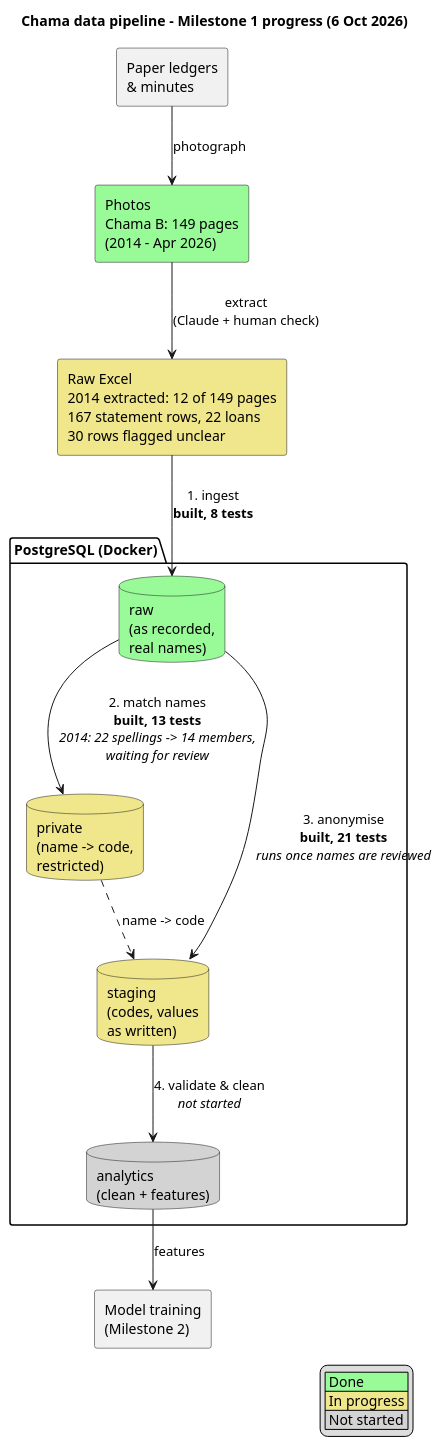
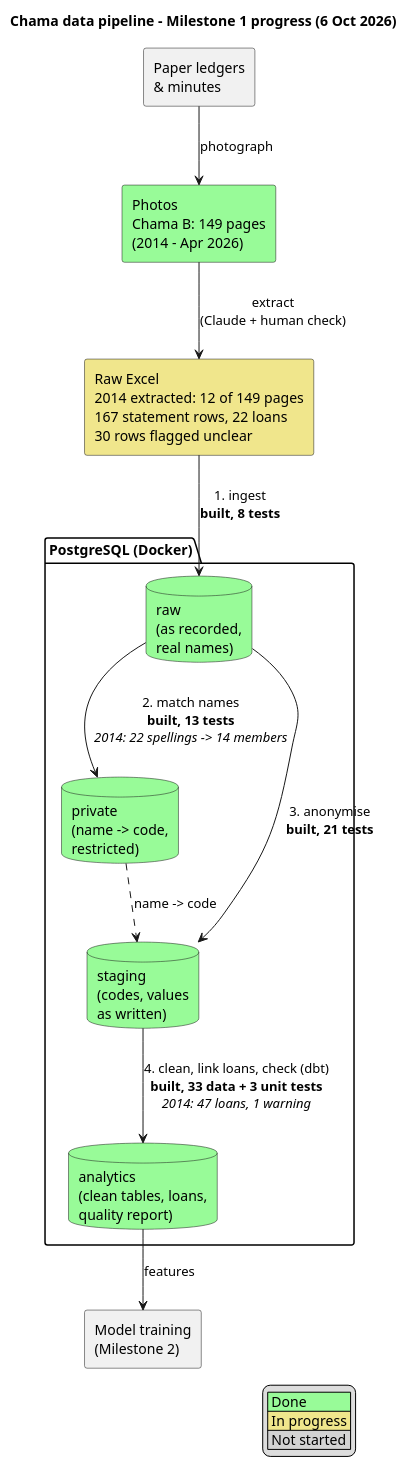
The diagram in docs/diagrams/m1_progress.puml (muriithi-alvin/chama-loan-default), drawn with PlantUML before and after one commit. The commit also changed 3 other files, not shown here.

Commit message:
M1: Decision 009 (dbt for the analytics and cleaning layer) and D010 (Loans are rebuilt from ledger lines)

```diff
--- a/docs/diagrams/m1_progress.puml
+++ b/docs/diagrams/m1_progress.puml
@@ -1,33 +1,33 @@
 @startuml m1_progress
 title Chama data pipeline - Milestone 1 progress (6 Oct 2026)
 skinparam componentStyle rectangle
 skinparam shadowing false
 
 rectangle "Paper ledgers\n& minutes" as ledgers
 rectangle "Photos\nChama B: 149 pages\n(2014 - Apr 2026)" as photos #palegreen
 rectangle "Raw Excel\n2014 extracted: 12 of 149 pages\n167 statement rows, 22 loans\n30 rows flagged unclear" as excel #khaki
 
 package "PostgreSQL (Docker)" {
   database "raw\n(as recorded,\nreal names)" as raw #palegreen
-  database "private\n(name -> code,\nrestricted)" as priv #khaki
-  database "staging\n(codes, values\nas written)" as staging #khaki
-  database "analytics\n(clean + features)" as analytics #lightgray
+  database "private\n(name -> code,\nrestricted)" as priv #palegreen
+  database "staging\n(codes, values\nas written)" as staging #palegreen
+  database "analytics\n(clean tables, loans,\nquality report)" as analytics #palegreen
 }
 
 rectangle "Model training\n(Milestone 2)" as model
 
 ledgers --> photos : photograph
 photos --> excel : extract\n(Claude + human check)
 excel --> raw : 1. ingest\n<b>built, 8 tests</b>
-raw --> priv : 2. match names\n<b>built, 13 tests</b>\n<i>2014: 22 spellings -> 14 members,</i>\n<i>waiting for review</i>
-raw --> staging : 3. anonymise\n<b>built, 21 tests</b>\n<i>runs once names are reviewed</i>
+raw --> priv : 2. match names\n<b>built, 13 tests</b>\n<i>2014: 22 spellings -> 14 members</i>
+raw --> staging : 3. anonymise\n<b>built, 21 tests</b>
 priv ..> staging : name -> code
-staging --> analytics : 4. validate & clean\n<i>not started</i>
+staging --> analytics : 4. clean, link loans, check (dbt)\n<b>built, 33 data + 3 unit tests</b>\n<i>2014: 47 loans, 1 warning</i>
 analytics --> model : features
 
 legend right
   |<#palegreen> Done |
   |<#khaki> In progress |
   |<#lightgray> Not started |
 endlegend
 @enduml
```
